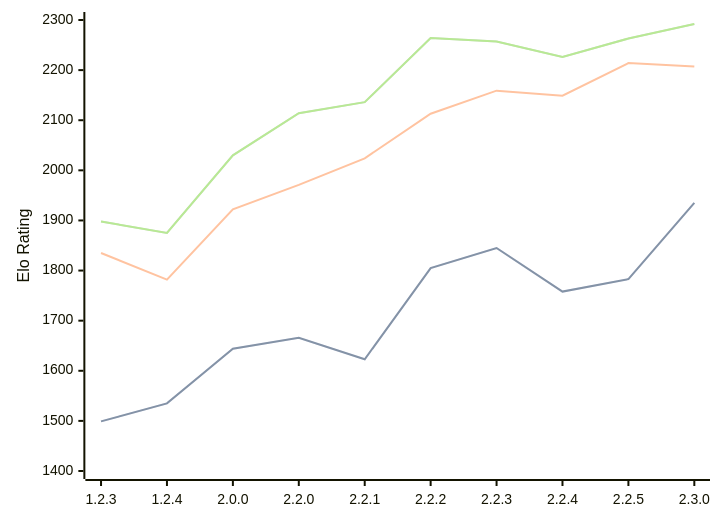
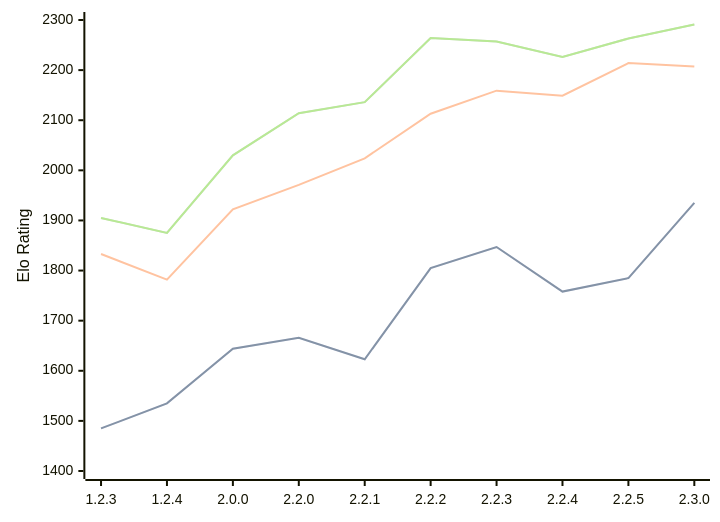
Before and after one commit to computer-chess-index/cci: the diagram in engines/Kreveta.md, drawn with Mermaid. The commit also changed other lines of this file, not shown here.

Commit message:
Update CCI Ratings (ELO VLTC) - 2026-05-07

````diff
--- a/engines/Kreveta.md
+++ b/engines/Kreveta.md
@@ -42,11 +42,11 @@
 ```mermaid
 %%{init: {"theme":"base","themeVariables":{"seriesColors:['#a3a3a3','#222221','#faa371']}}}%%
 xychart-beta
   x-axis ["1.2.3", "1.2.4", "2.0.0", "2.2.0", "2.2.1", "2.2.2", "2.2.3", "2.2.4", "2.2.5", "2.3.0"]
   y-axis "Elo Rating" 1400 --> 2300
-  line "STC (8.0+0.08s)" [1499, 1535, 1644, 1666, 1623, 1805, 1845, 1758, 1783, 1935]
-  line "STC (8.0+0.08s)" [1499, 1535, 1644, 1666, 1623, 1805, 1845, 1758, 1783, 1935]
-  line "LTC (60.0+0.60s)" [1835, 1782, 1922, 1971, 2024, 2113, 2159, 2149, 2214, 2207]
-  line "VLTC (2m24s+1.12s)" [1898, 1875, 2030, 2114, 2136, 2264, 2257, 2226, 2263, 2292]
-  line "VLTC (2m24s+1.12s)" [1898, 1875, 2030, 2114, 2136, 2264, 2257, 2226, 2263, 2292]
+  line "STC (8.0+0.08s)" [1485, 1535, 1644, 1666, 1623, 1805, 1847, 1758, 1785, 1935]
+  line "STC (8.0+0.08s)" [1485, 1535, 1644, 1666, 1623, 1805, 1847, 1758, 1785, 1935]
+  line "LTC (60.0+0.60s)" [1833, 1782, 1922, 1971, 2024, 2113, 2159, 2149, 2214, 2207]
+  line "VLTC (2m24s+1.12s)" [1905, 1875, 2030, 2114, 2136, 2264, 2257, 2226, 2263, 2291]
+  line "VLTC (2m24s+1.12s)" [1905, 1875, 2030, 2114, 2136, 2264, 2257, 2226, 2263, 2291]
 ```
````
